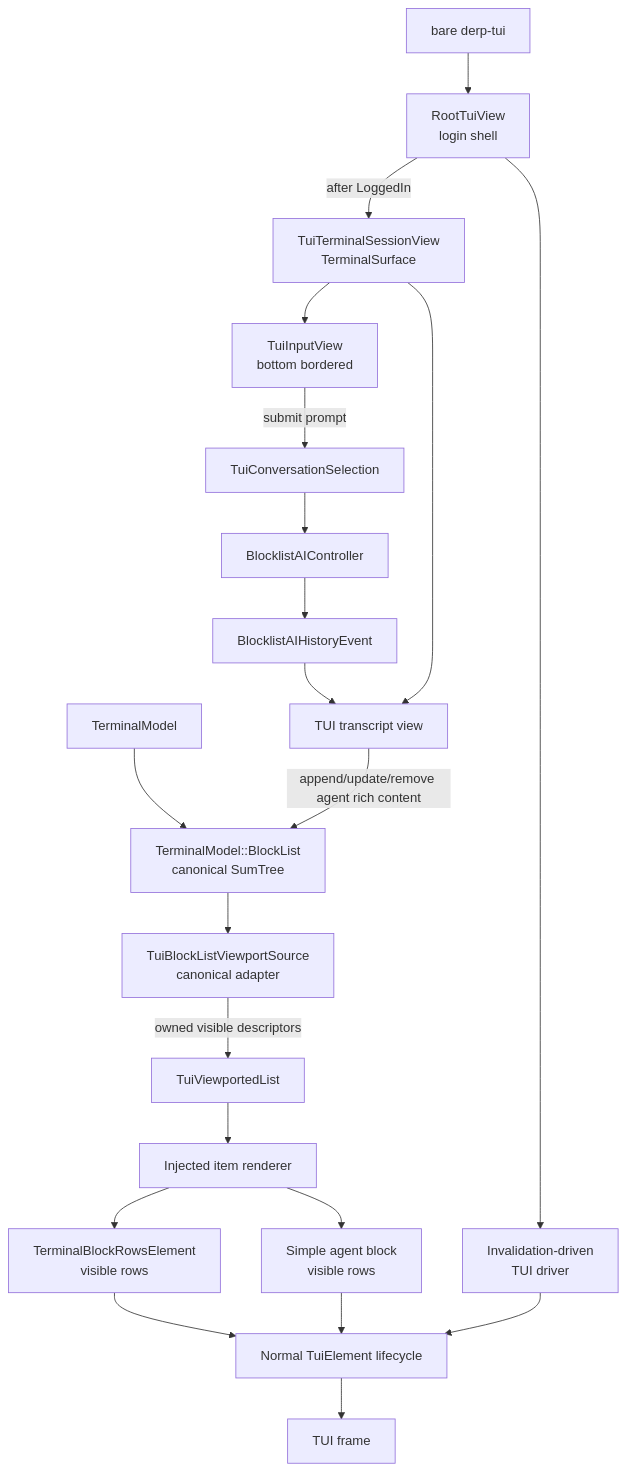
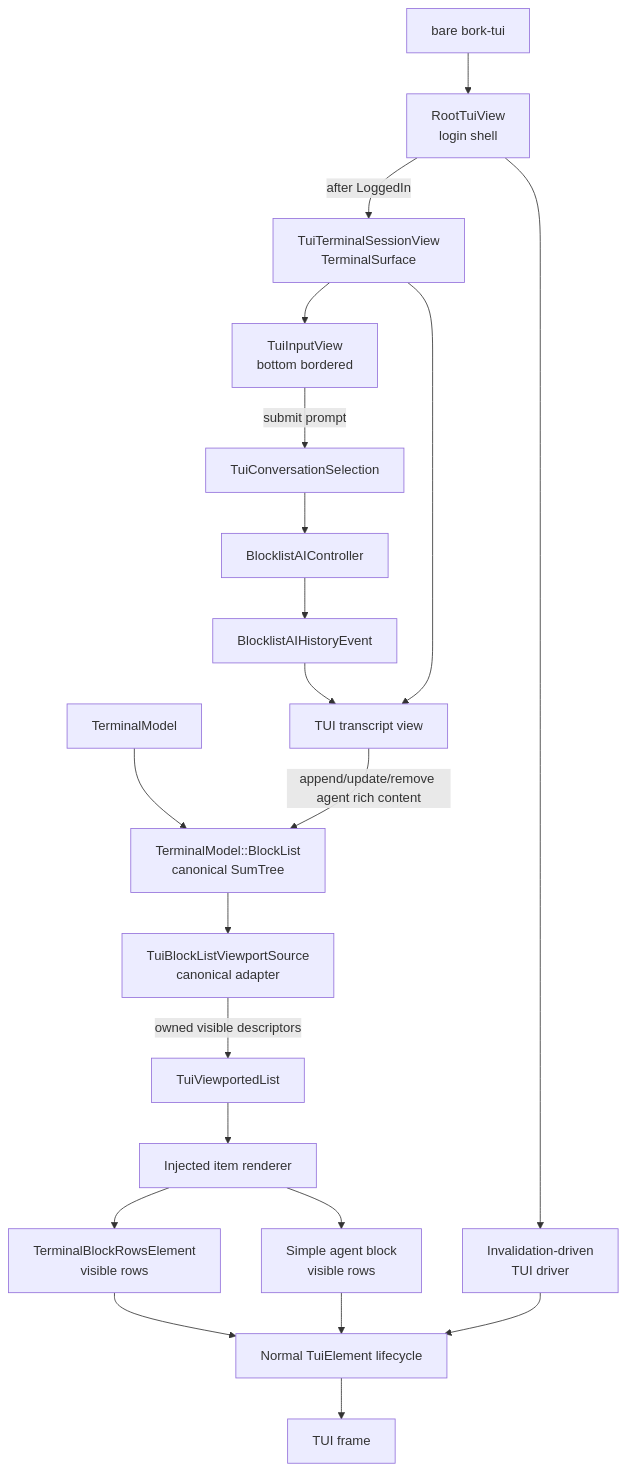
The diagram in specs/tui-transcript-view/TECH.md (antikrust/krust-terminal), drawn with Mermaid before and after one commit. The commit also changed other lines of this file and 4477 other files, not shown here.

First line of the commit message:
Rebrand Derp -> Bork

````diff
--- a/specs/tui-transcript-view/TECH.md
+++ b/specs/tui-transcript-view/TECH.md
@@ -129,23 +129,23 @@
 ```mermaid
 flowchart TD
-  Init["bare derp-tui"] --> Root["RootTuiView<br/>login shell"]
+  Init["bare bork-tui"] --> Root["RootTuiView<br/>login shell"]
   Root --> Driver["Invalidation-driven<br/>TUI driver"]
   Root -->|after LoggedIn| Session["TuiTerminalSessionView<br/>TerminalSurface"]
   Session --> Input["TuiInputView<br/>bottom bordered"]
   Input -->|submit prompt| Selection["TuiConversationSelection"]
   Selection --> Controller["BlocklistAIController"]
   Controller --> History
   History["BlocklistAIHistoryEvent"] --> Transcript["TUI transcript view"]
   Session --> Transcript
   TerminalModel --> BlockList["TerminalModel::BlockList<br/>canonical SumTree"]
   Transcript -->|append/update/remove agent rich content| BlockList
   BlockList --> Index["TuiBlockListViewportSource<br/>canonical adapter"]
   Index -->|owned visible descriptors| Viewport["TuiViewportedList"]
   Viewport --> Render["Injected item renderer"]
   Render --> Terminal["TerminalBlockRowsElement<br/>visible rows"]
   Render --> Agent["Simple agent block<br/>visible rows"]
   Terminal --> Presenter["Normal TuiElement lifecycle"]
   Agent --> Presenter
   Presenter --> Frame["TUI frame"]
   Driver --> Presenter
 ```
````
